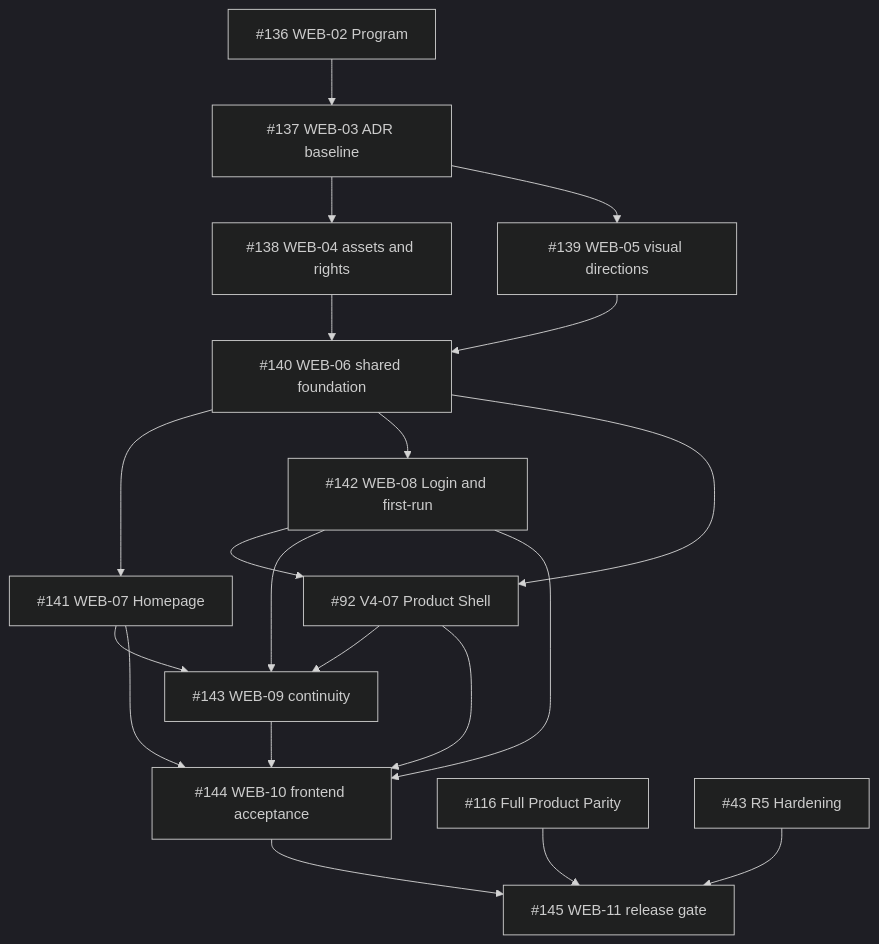
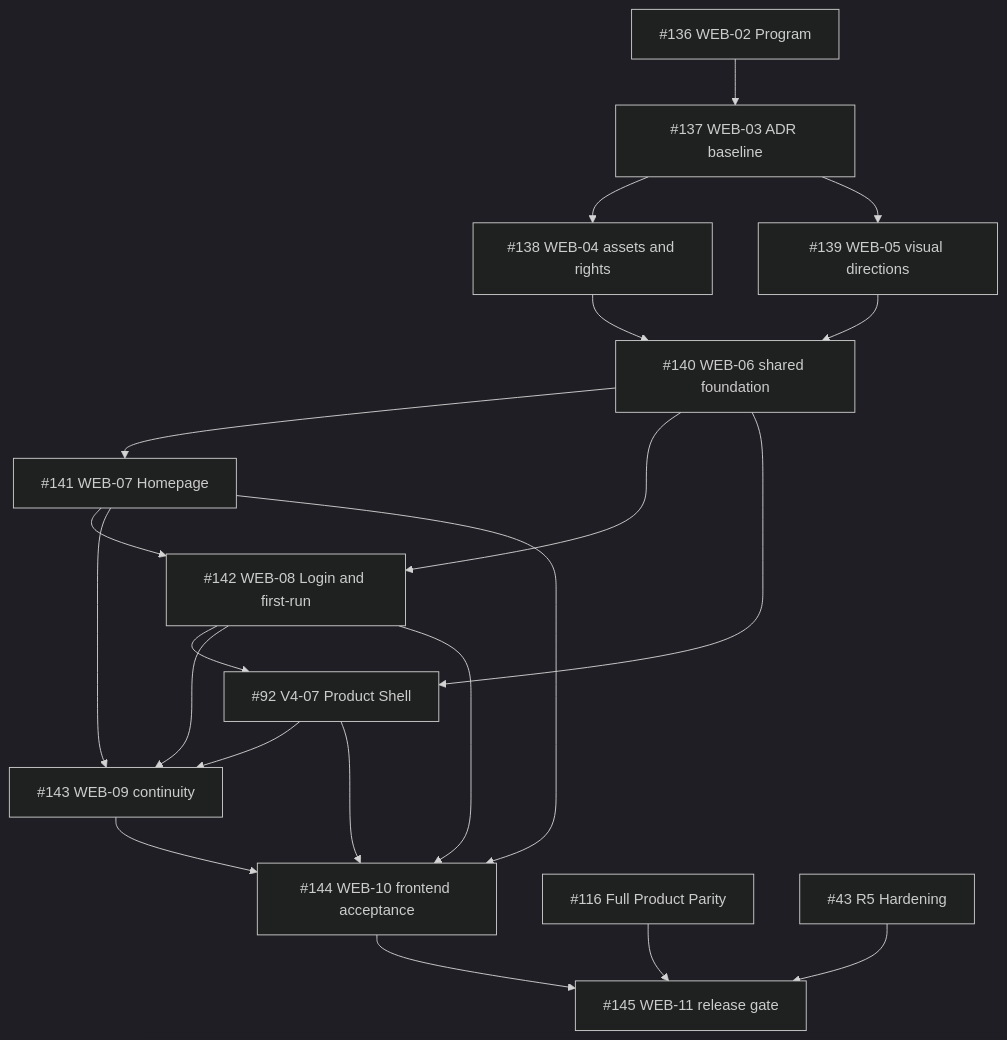
The diagram in docs/frontend-redesign-issue-plan.md (JTCAO515/VP-V4), drawn with Mermaid (dark theme) before and after one commit. The commit also changed other lines of this file and 1 other file, not shown here.

````diff
--- a/docs/frontend-redesign-issue-plan.md
+++ b/docs/frontend-redesign-issue-plan.md
@@ -35,22 +35,23 @@
 ```mermaid
 flowchart TD
   P["#136 WEB-02 Program"] --> B["#137 WEB-03 ADR baseline"]
   B --> A["#138 WEB-04 assets and rights"]
   B --> V["#139 WEB-05 visual directions"]
   A --> F["#140 WEB-06 shared foundation"]
   V --> F
   F --> H["#141 WEB-07 Homepage"]
   F --> I["#142 WEB-08 Login and first-run"]
+  H --> I
   F --> S["#92 V4-07 Product Shell"]
   I --> S
   H --> C["#143 WEB-09 continuity"]
   I --> C
   S --> C
   H --> Q["#144 WEB-10 frontend acceptance"]
   I --> Q
   S --> Q
   C --> Q
   Q --> R["#145 WEB-11 release gate"]
   E["#116 Full Product Parity"] --> R
   G["#43 R5 Hardening"] --> R
 ```
````
